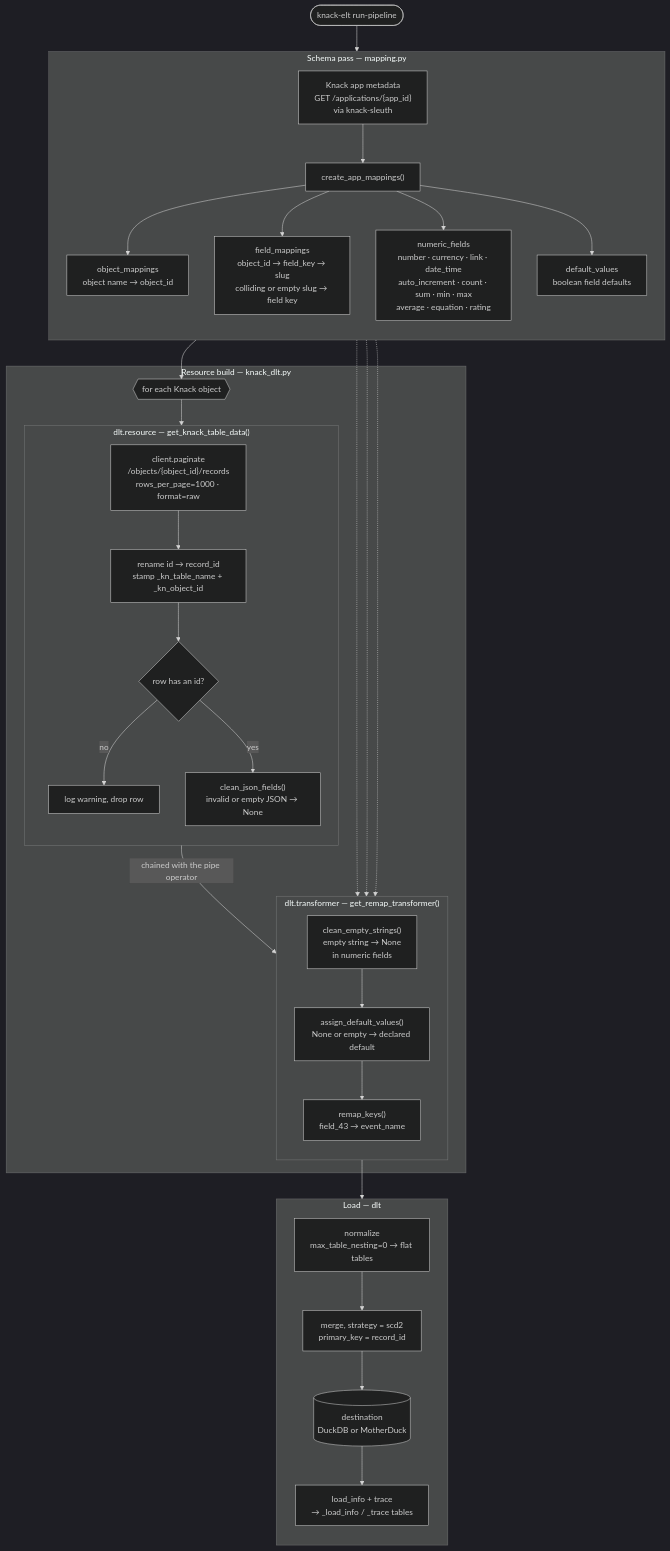
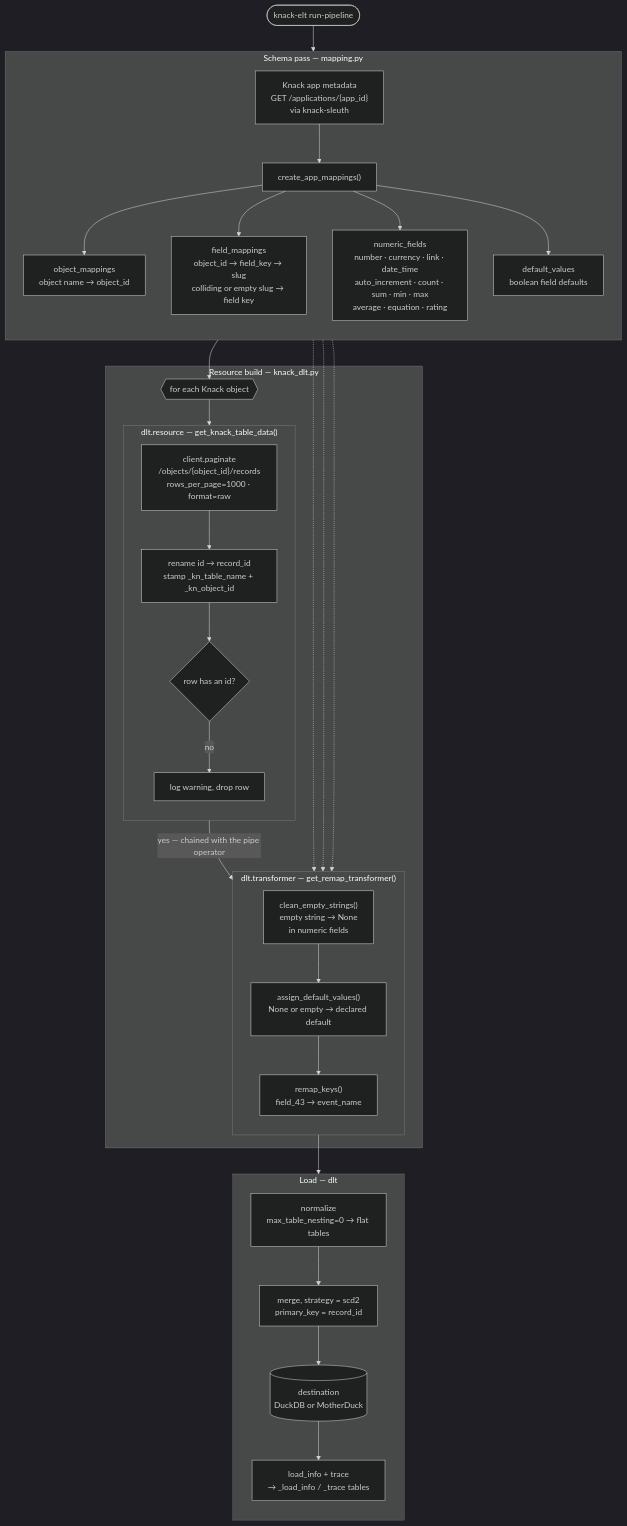
The third of 5 diagrams in docs/ARCHITECTURE.md (mcmasty/knack-elt), drawn with Mermaid (dark theme) before and after one commit. The commit also changed 9 other files, not shown here.

````diff
--- a/docs/ARCHITECTURE.md
+++ b/docs/ARCHITECTURE.md
@@ -169,59 +169,57 @@
 ```mermaid
 flowchart TB
     start(["knack-elt run-pipeline"]) --> meta
 
     subgraph mapping["Schema pass — mapping.py"]
         direction TB
         meta["Knack app metadata<br/>GET /applications/{app_id}<br/>via knack-sleuth"]
         cam["create_app_mappings()"]
         meta --> cam
         cam --> om["object_mappings<br/>object name → object_id"]
         cam --> fm["field_mappings<br/>object_id → field_key → slug<br/>colliding or empty slug → field key"]
         cam --> nf["numeric_fields<br/>number · currency · link · date_time<br/>auto_increment · count · sum · min · max<br/>average · equation · rating"]
         cam --> dv["default_values<br/>boolean field defaults"]
     end
 
     om --> loop
 
     subgraph build["Resource build — knack_dlt.py"]
         loop{{"for each Knack object"}}
 
         subgraph resource["dlt.resource — get_knack_table_data()"]
             direction TB
             pg["client.paginate<br/>/objects/{object_id}/records<br/>rows_per_page=1000 · format=raw"]
             stamp["rename id → record_id<br/>stamp _kn_table_name + _kn_object_id"]
             pk{"row has an id?"}
             skip["log warning, drop row"]
-            cjf["clean_json_fields()<br/>invalid or empty JSON → None"]
             pg --> stamp --> pk
             pk -->|no| skip
-            pk -->|yes| cjf
         end
 
         subgraph transformer["dlt.transformer — get_remap_transformer()"]
             direction TB
             ces["clean_empty_strings()<br/>empty string → None<br/>in numeric fields"]
             adv["assign_default_values()<br/>None or empty → declared default"]
             rk["remap_keys()<br/>field_43 → event_name"]
             ces --> adv --> rk
         end
 
         loop --> pg
-        cjf -->|"chained with the pipe operator"| ces
+        pk -->|"yes — chained with the pipe operator"| ces
     end
 
     nf -.-> ces
     dv -.-> adv
     fm -.-> rk
 
     rk --> norm
 
     subgraph load["Load — dlt"]
         direction TB
         norm["normalize<br/>max_table_nesting=0 → flat tables"]
         merge["merge, strategy = scd2<br/>primary_key = record_id"]
         dest[("destination<br/>DuckDB or MotherDuck")]
         info["load_info + trace<br/>→ _load_info / _trace tables"]
         norm --> merge --> dest --> info
     end
 ```
````
